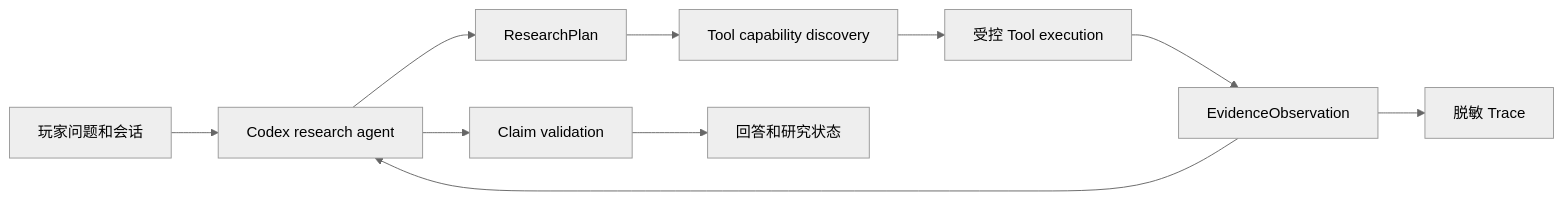
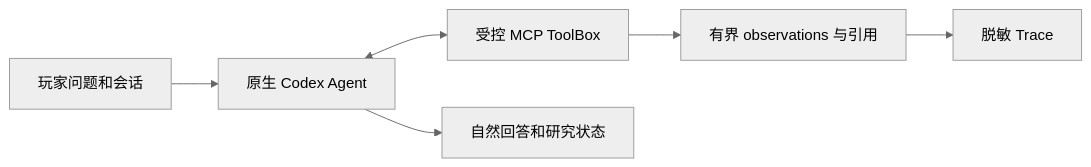
The diagram in docs/plans/2026-08-04-chickenbro-agentic-research-design.md (Giannis-bo/Chicken-Bro), drawn with Mermaid (neutral theme) before and after one commit. The commit also changed other lines of this file and 10 other files, not shown here.

Commit message:
feat(chickenbro): run native codex agent through mcp

````diff
--- a/docs/plans/2026-08-04-chickenbro-agentic-research-design.md
+++ b/docs/plans/2026-08-04-chickenbro-agentic-research-design.md
@@ -42,12 +42,8 @@
 ```mermaid
 flowchart LR
-  Q[玩家问题和会话] --> C[Codex research agent]
-  C --> P[ResearchPlan]
-  P --> D[Tool capability discovery]
-  D --> X[受控 Tool execution]
-  X --> O[EvidenceObservation]
-  O --> C
-  C --> V[Claim validation]
-  V --> A[回答和研究状态]
+  Q[玩家问题和会话] --> C[原生 Codex Agent]
+  C <--> X[受控 MCP ToolBox]
+  X --> O[有界 observations 与引用]
+  C --> A[自然回答和研究状态]
   O --> T[脱敏 Trace]
 ```
````
